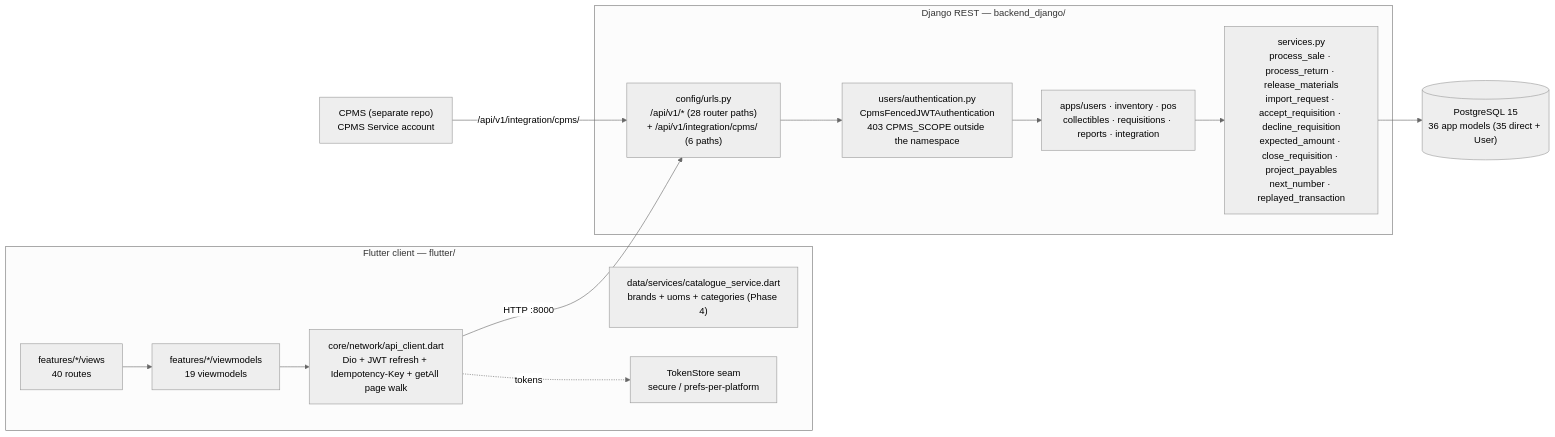
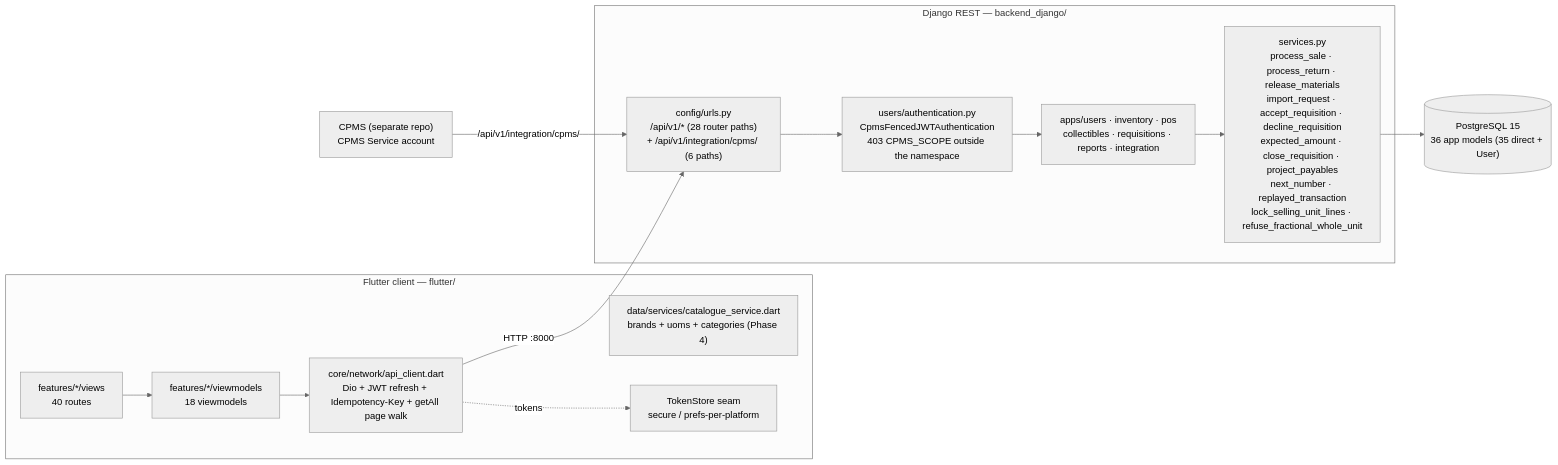
Before and after one commit to ziminni/qb_hardwarestore: the first of 2 diagrams in docs/SYSTEM_ATLAS.md, drawn with Mermaid (neutral theme). The commit also changed other lines of this file and 158 other files, not shown here.

First line of the commit message:
feat: POS evolution Phase 1d — packaging units, server whole-number rule, teammate dialog design

````diff
--- a/docs/SYSTEM_ATLAS.md
+++ b/docs/SYSTEM_ATLAS.md
@@ -13,24 +13,24 @@
 ```mermaid
 flowchart LR
   subgraph Client["Flutter client — flutter/"]
     UI["features/*/views<br/>40 routes"]
-    VM["features/*/viewmodels<br/>19 viewmodels"]
+    VM["features/*/viewmodels<br/>18 viewmodels"]
     NET["core/network/api_client.dart<br/>Dio + JWT refresh + Idempotency-Key + getAll page walk"]
     CAT["data/services/catalogue_service.dart<br/>brands + uoms + categories (Phase 4)"]
     SEC["TokenStore seam<br/>secure / prefs-per-platform"]
     UI --> VM --> NET
     NET -. tokens .-> SEC
   end
   subgraph Server["Django REST — backend_django/"]
     URLS["config/urls.py<br/>/api/v1/* (28 router paths)<br/>+ /api/v1/integration/cpms/ (6 paths)"]
     AUTH["users/authentication.py<br/>CpmsFencedJWTAuthentication<br/>403 CPMS_SCOPE outside the namespace"]
     APPS["apps/users · inventory · pos<br/>collectibles · requisitions · reports · integration"]
-    SVC["services.py<br/>process_sale · process_return · release_materials<br/>import_request · accept_requisition · decline_requisition<br/>expected_amount · close_requisition · project_payables<br/>next_number · replayed_transaction"]
+    SVC["services.py<br/>process_sale · process_return · release_materials<br/>import_request · accept_requisition · decline_requisition<br/>expected_amount · close_requisition · project_payables<br/>next_number · replayed_transaction<br/>lock_selling_unit_lines · refuse_fractional_whole_unit"]
     URLS --> AUTH --> APPS --> SVC
   end
   CPMS["CPMS (separate repo)<br/>CPMS Service account"]
   DB[("PostgreSQL 15<br/>36 app models (35 direct + User)")]
   NET -- "HTTP :8000" --> URLS
   CPMS -- "/api/v1/integration/cpms/" --> URLS
   SVC --> DB
 ```
````
